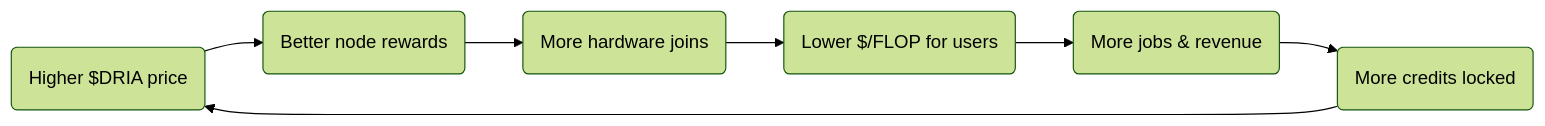
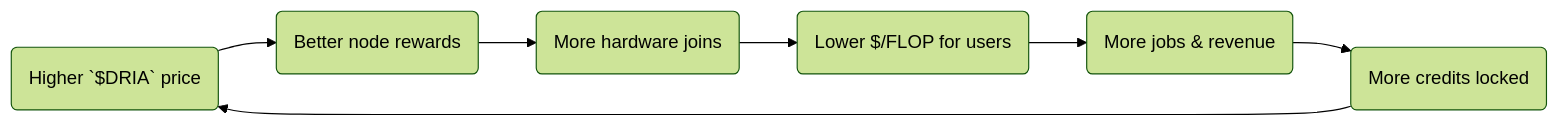
Before and after one commit to aktasbatuhan/docs: the second of 2 diagrams in docs/overview.mdx, drawn with Mermaid (forest theme). The commit also changed other lines of this file and 4 other files, not shown here.

````diff
--- a/docs/overview.mdx
+++ b/docs/overview.mdx
@@ -45,9 +53,9 @@
 ```mermaid
 graph LR
-    A(Higher $DRIA price) --> B(Better node rewards)
+    A(Higher `$DRIA` price) --> B(Better node rewards)
     B --> C(More hardware joins)
     C --> D(Lower $/FLOP for users)
     D --> E(More jobs & revenue)
     E --> F(More credits locked)
     F --> A
 ```
````
